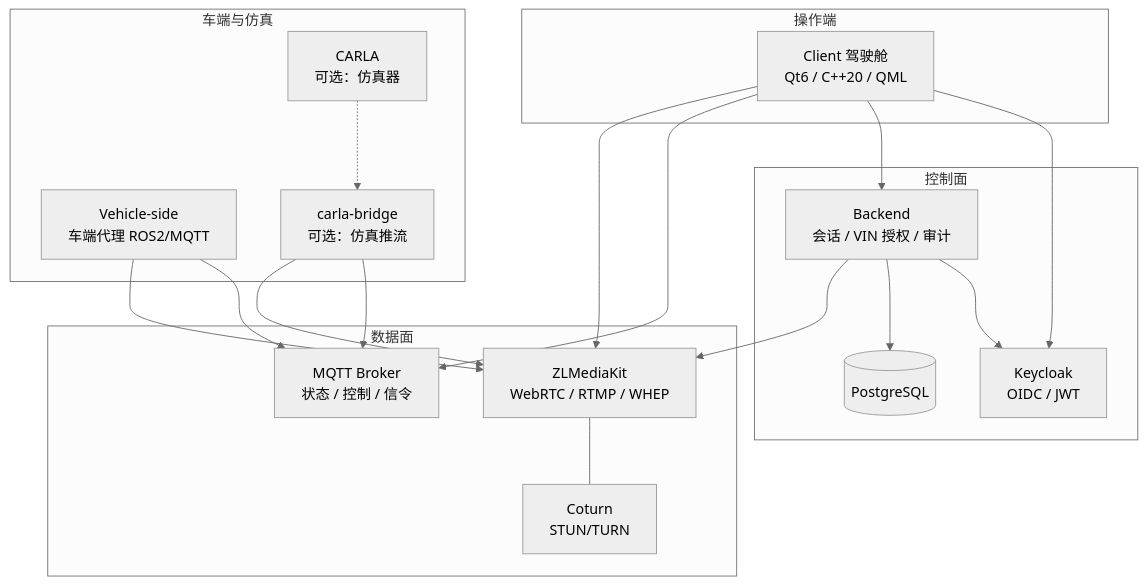
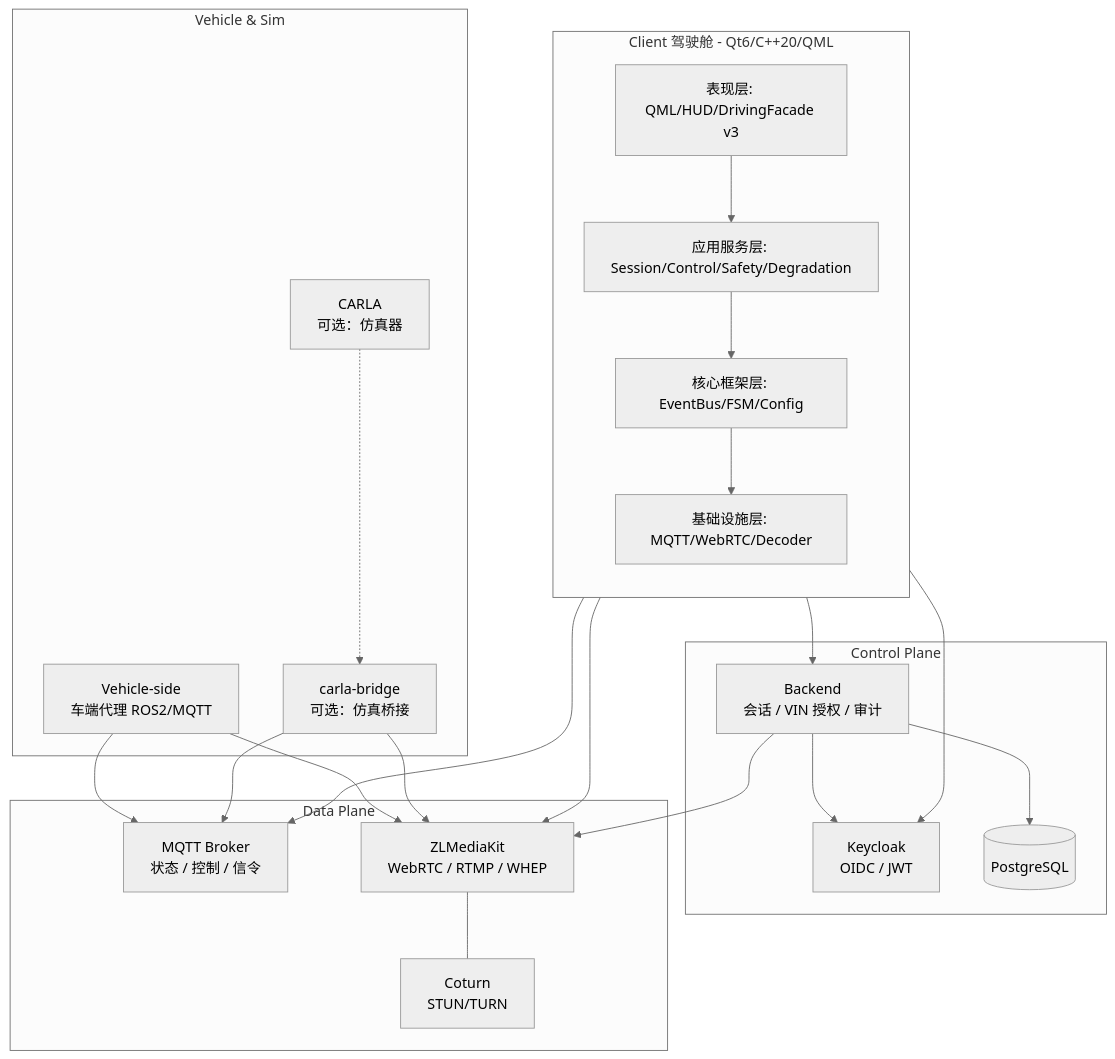
The first of 5 diagrams in README.md (xinruozhishui201314/Remote-Driving-OK), drawn with Mermaid (neutral theme) before and after one commit. The commit also changed other lines of this file and 194 other files, not shown here.

````diff
--- a/README.md
+++ b/README.md
@@ -24,35 +24,45 @@
 ```mermaid
 flowchart TB
-    subgraph 操作端
-        CL[Client 驾驶舱<br/>Qt6 / C++20 / QML]
+    subgraph 操作端 [Client 驾驶舱 - Qt6/C++20/QML]
+        direction TB
+        UI[表现层: QML/HUD/DrivingFacade v3]
+        SVC[应用服务层: Session/Control/Safety/Degradation]
+        CORE[核心框架层: EventBus/FSM/Config]
+        INFRA[基础设施层: MQTT/WebRTC/Decoder]
+        UI --> SVC
+        SVC --> CORE
+        CORE --> INFRA
     end
-    subgraph 控制面
+
+    subgraph 控制面 [Control Plane]
         KC[Keycloak<br/>OIDC / JWT]
         BE[Backend<br/>会话 / VIN 授权 / 审计]
         PG[(PostgreSQL)]
     end
-    subgraph 数据面
+
+    subgraph 数据面 [Data Plane]
         MQ[MQTT Broker<br/>状态 / 控制 / 信令]
         ZLM[ZLMediaKit<br/>WebRTC / RTMP / WHEP]
         CT[Coturn<br/>STUN/TURN]
     end
-    subgraph 车端与仿真
+
+    subgraph 车端与仿真 [Vehicle & Sim]
         VH[Vehicle-side<br/>车端代理 ROS2/MQTT]
-        CB[carla-bridge<br/>可选：仿真推流]
+        CB[carla-bridge<br/>可选：仿真桥接]
         CR[CARLA<br/>可选：仿真器]
     end
 
-    CL --> KC
-    CL --> BE
-    CL --> MQ
-    CL --> ZLM
+    操作端 --> KC
+    操作端 --> BE
+    操作端 --> MQ
+    操作端 --> ZLM
     BE --> KC
     BE --> PG
     BE --> ZLM
     VH --> MQ
     VH --> ZLM
     CB --> MQ
     CB --> ZLM
     CR -.-> CB
     ZLM --- CT
 ```
````
